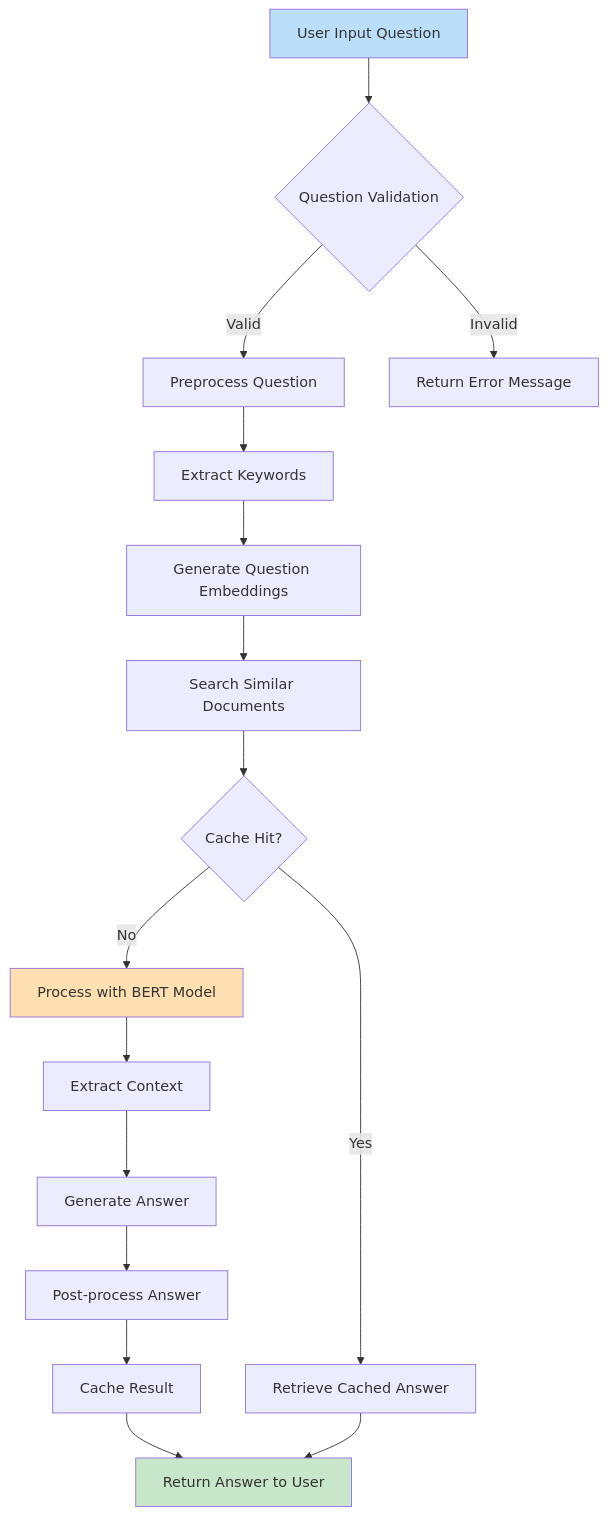
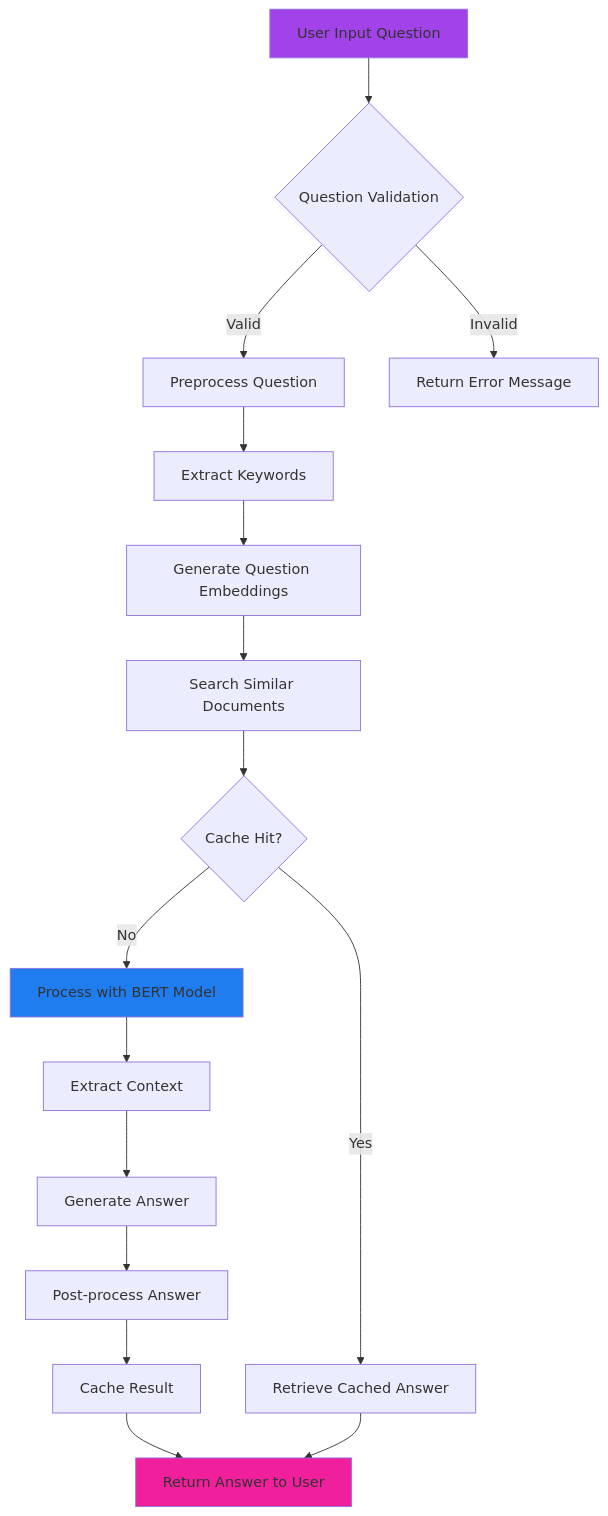
One commit to devesh0693/EduQA changed the second of 5 diagrams in README.md. Above: the diagram before and after it, drawn with Mermaid. The commit also changed other lines of this file, not shown here.

````diff
--- a/README.md
+++ b/README.md
@@ -115,26 +115,26 @@
 ```mermaid
 flowchart TD
     A[User Input Question] --> B{Question Validation}
     B -->|Valid| C[Preprocess Question]
     B -->|Invalid| D[Return Error Message]
     
     C --> E[Extract Keywords]
     E --> F[Generate Question Embeddings]
     F --> G[Search Similar Documents]
     
     G --> H{Cache Hit?}
     H -->|Yes| I[Retrieve Cached Answer]
     H -->|No| J[Process with BERT Model]
     
     J --> K[Extract Context]
     K --> L[Generate Answer]
     L --> M[Post-process Answer]
     M --> N[Cache Result]
     N --> O[Return Answer to User]
     
     I --> O
     
-    style A fill:#bbdefb
-    style O fill:#c8e6c9
-    style J fill:#ffe0b2
+    style A fill:#A143E8
+    style O fill:#F01F9B
+    style J fill:#1F7DF0
 ```
````
